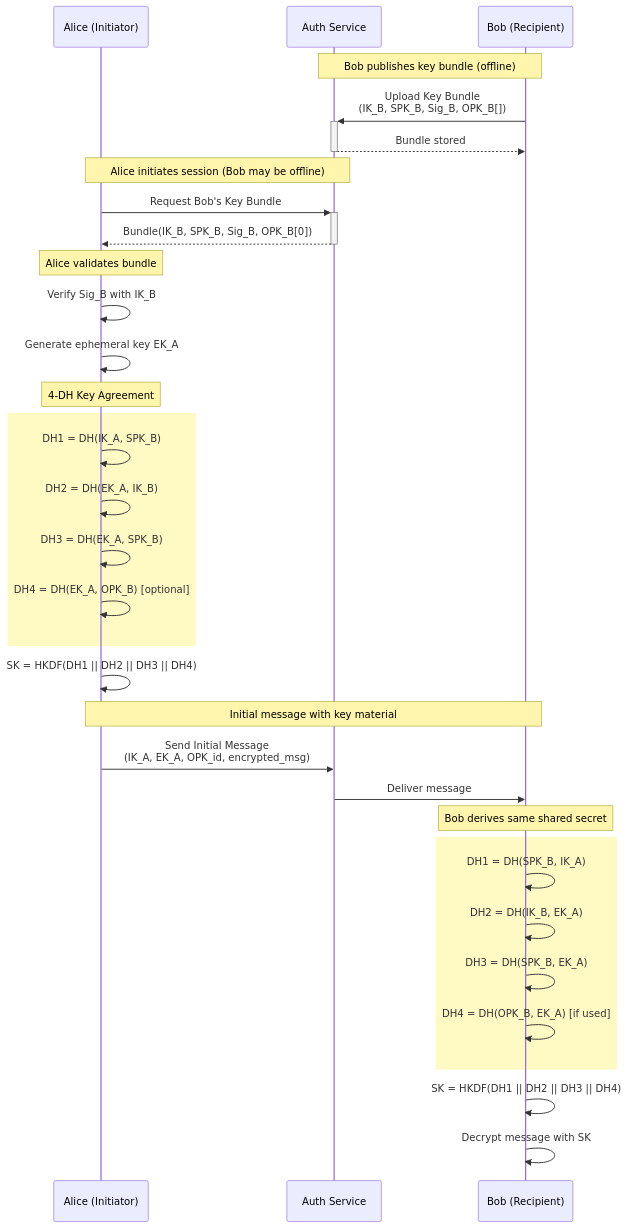
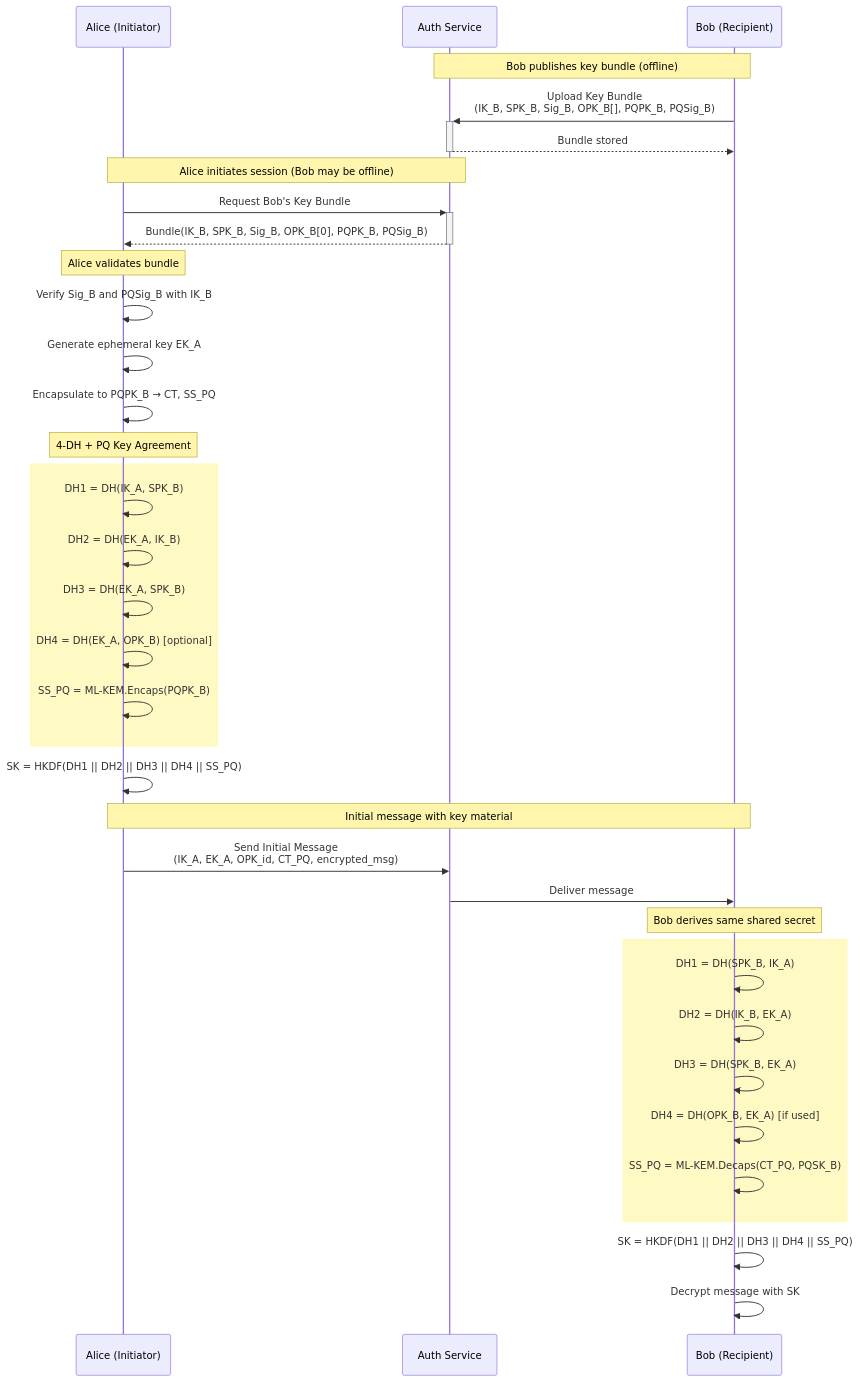
One commit to guardyn/guardyn changed the third of 23 diagrams in docs/ENCRYPTION_ARCHITECTURE.md. Above: the diagram before and after it, drawn with Mermaid. The commit also changed other lines of this file and 18 other files, not shown here.

````diff
--- a/docs/ENCRYPTION_ARCHITECTURE.md
+++ b/docs/ENCRYPTION_ARCHITECTURE.md
@@ -138,43 +149,46 @@
 ```mermaid
 sequenceDiagram
     participant Alice as Alice (Initiator)
     participant Server as Auth Service
     participant Bob as Bob (Recipient)
 
     Note over Bob,Server: Bob publishes key bundle (offline)
-    Bob->>+Server: Upload Key Bundle<br/>(IK_B, SPK_B, Sig_B, OPK_B[])
+    Bob->>+Server: Upload Key Bundle<br/>(IK_B, SPK_B, Sig_B, OPK_B[], PQPK_B, PQSig_B)
     Server-->>-Bob: Bundle stored
 
     Note over Alice,Server: Alice initiates session (Bob may be offline)
     Alice->>+Server: Request Bob's Key Bundle
-    Server-->>-Alice: Bundle(IK_B, SPK_B, Sig_B, OPK_B[0])
+    Server-->>-Alice: Bundle(IK_B, SPK_B, Sig_B, OPK_B[0], PQPK_B, PQSig_B)
 
     Note over Alice: Alice validates bundle
-    Alice->>Alice: Verify Sig_B with IK_B
+    Alice->>Alice: Verify Sig_B and PQSig_B with IK_B
     Alice->>Alice: Generate ephemeral key EK_A
+    Alice->>Alice: Encapsulate to PQPK_B → CT, SS_PQ
 
-    Note over Alice: 4-DH Key Agreement
+    Note over Alice: 4-DH + PQ Key Agreement
     rect rgb(255, 249, 196)
         Alice->>Alice: DH1 = DH(IK_A, SPK_B)
         Alice->>Alice: DH2 = DH(EK_A, IK_B)
         Alice->>Alice: DH3 = DH(EK_A, SPK_B)
         Alice->>Alice: DH4 = DH(EK_A, OPK_B) [optional]
+        Alice->>Alice: SS_PQ = ML-KEM.Encaps(PQPK_B)
     end
 
-    Alice->>Alice: SK = HKDF(DH1 || DH2 || DH3 || DH4)
+    Alice->>Alice: SK = HKDF(DH1 || DH2 || DH3 || DH4 || SS_PQ)
 
     Note over Alice,Bob: Initial message with key material
-    Alice->>Server: Send Initial Message<br/>(IK_A, EK_A, OPK_id, encrypted_msg)
+    Alice->>Server: Send Initial Message<br/>(IK_A, EK_A, OPK_id, CT_PQ, encrypted_msg)
     Server->>Bob: Deliver message
 
     Note over Bob: Bob derives same shared secret
     rect rgb(255, 249, 196)
         Bob->>Bob: DH1 = DH(SPK_B, IK_A)
         Bob->>Bob: DH2 = DH(IK_B, EK_A)
         Bob->>Bob: DH3 = DH(SPK_B, EK_A)
         Bob->>Bob: DH4 = DH(OPK_B, EK_A) [if used]
+        Bob->>Bob: SS_PQ = ML-KEM.Decaps(CT_PQ, PQSK_B)
     end
 
-    Bob->>Bob: SK = HKDF(DH1 || DH2 || DH3 || DH4)
+    Bob->>Bob: SK = HKDF(DH1 || DH2 || DH3 || DH4 || SS_PQ)
     Bob->>Bob: Decrypt message with SK
 ```
````
